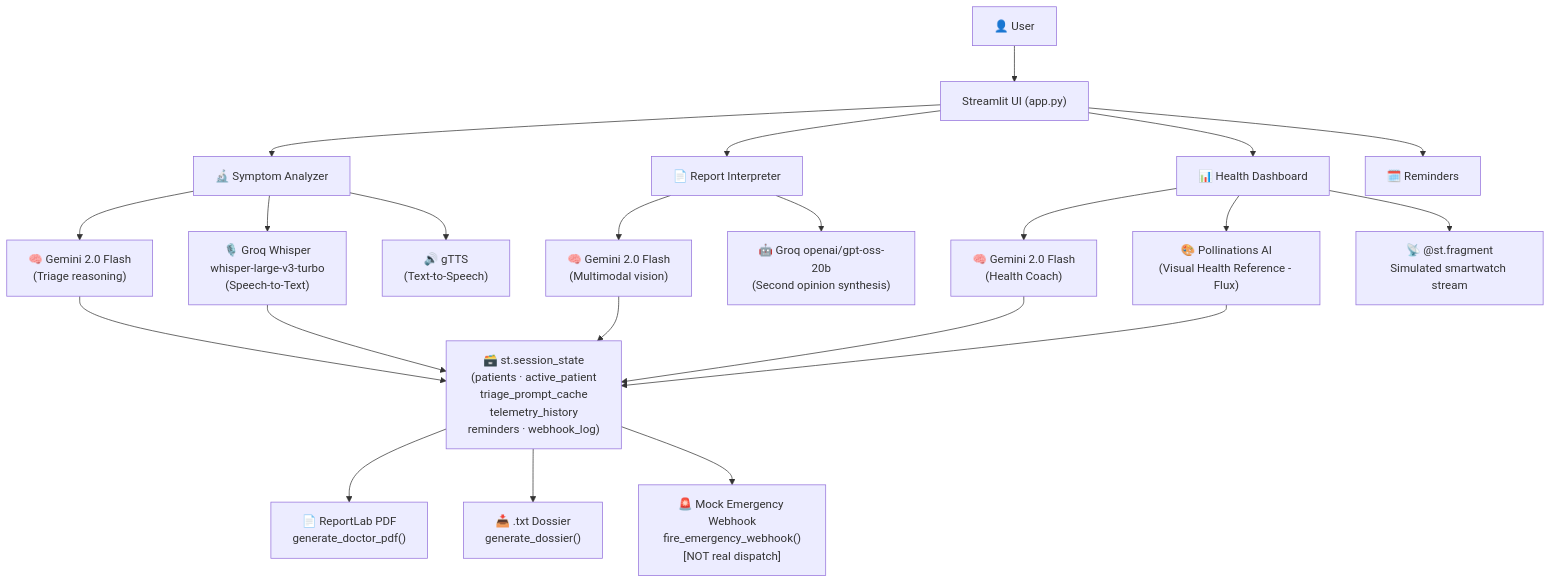
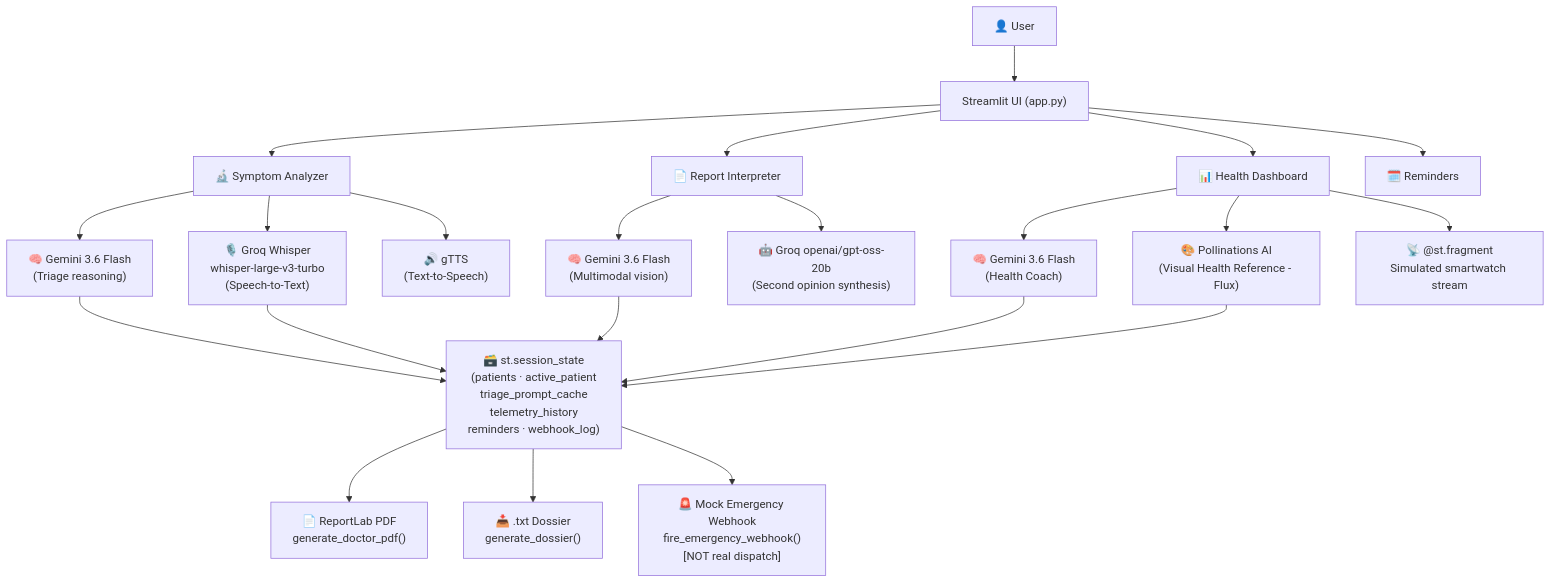
The diagram in README.md (shreyaspatankar-07/MediScan-AI), drawn with Mermaid before and after one commit. The commit also changed other lines of this file and 2 other files, not shown here.

Commit message:
fix: update Gemini model from gemini-2.0-flash to gemini-3.6-flash

````diff
--- a/README.md
+++ b/README.md
@@ -54,30 +54,30 @@
 ```mermaid
 graph TD
     User["👤 User"] --> UI["Streamlit UI (app.py)"]
 
     UI --> Tab1["🔬 Symptom Analyzer"]
     UI --> Tab2["📄 Report Interpreter"]
     UI --> Tab3["📊 Health Dashboard"]
     UI --> Tab4["🗓️ Reminders"]
 
-    Tab1 --> GeminiText["🧠 Gemini 2.0 Flash\n(Triage reasoning)"]
+    Tab1 --> GeminiText["🧠 Gemini 3.6 Flash\n(Triage reasoning)"]
     Tab1 --> WhisperSTT["🎙️ Groq Whisper\nwhisper-large-v3-turbo\n(Speech-to-Text)"]
     Tab1 --> GTTS["🔊 gTTS\n(Text-to-Speech)"]
 
-    Tab2 --> GeminiVision["🧠 Gemini 2.0 Flash\n(Multimodal vision)"]
+    Tab2 --> GeminiVision["🧠 Gemini 3.6 Flash\n(Multimodal vision)"]
     Tab2 --> GroqLLM["🤖 Groq openai/gpt-oss-20b\n(Second opinion synthesis)"]
 
-    Tab3 --> GeminiCoach["🧠 Gemini 2.0 Flash\n(Health Coach)"]
+    Tab3 --> GeminiCoach["🧠 Gemini 3.6 Flash\n(Health Coach)"]
     Tab3 --> Pollinations["🎨 Pollinations AI\n(Visual Health Reference - Flux)"]
     Tab3 --> Telemetry["📡 @st.fragment\nSimulated smartwatch stream"]
 
     GeminiText --> SessionState["🗃️ st.session_state\n(patients · active_patient\ntriage_prompt_cache\ntelemetry_history\nreminders · webhook_log)"]
     GeminiVision --> SessionState
     GeminiCoach --> SessionState
     Pollinations --> SessionState
     WhisperSTT --> SessionState
 
     SessionState --> PDF["📄 ReportLab PDF\ngenerate_doctor_pdf()"]
     SessionState --> Dossier["📥 .txt Dossier\ngenerate_dossier()"]
     SessionState --> Webhook["🚨 Mock Emergency Webhook\nfire_emergency_webhook()\n[NOT real dispatch]"]
 ```
````
